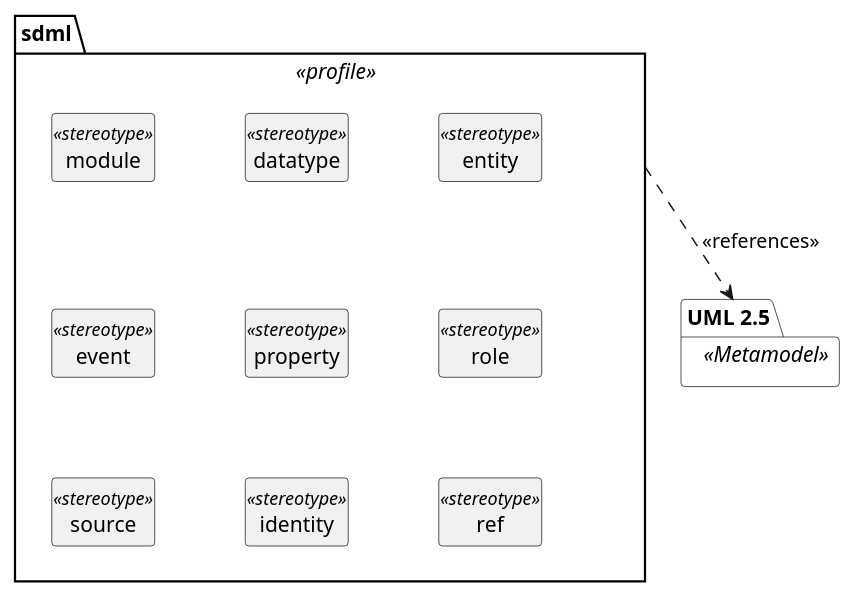
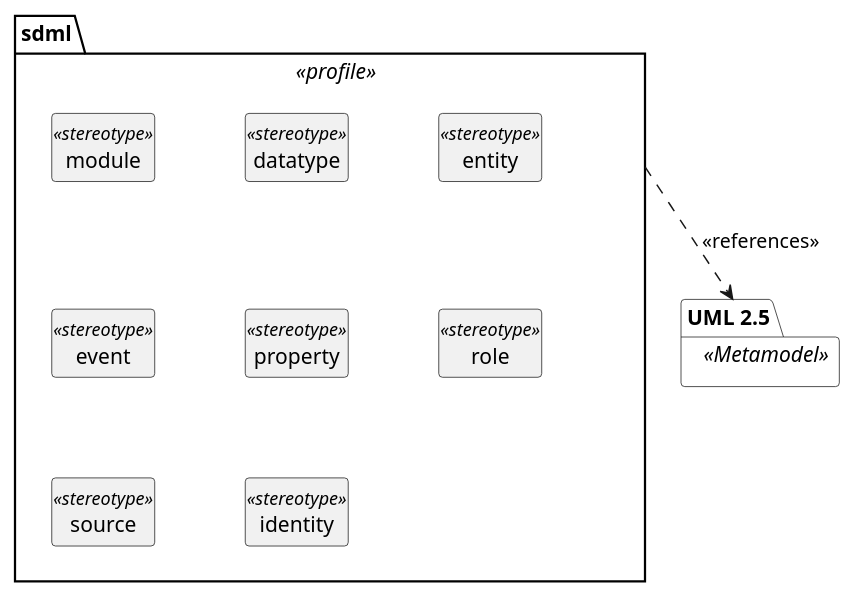
The first of 20 diagrams in docs/uml-profile.org (sdm-lang/sdml-io), drawn with PlantUML before and after one commit. The commit also changed other lines of this file and 14 other files, not shown here.

```diff
--- a/docs/uml-profile.org
+++ b/docs/uml-profile.org
@@ -18,26 +18,25 @@
 #+BEGIN_SRC plantuml :file uml-profile-package.svg
 skinparam backgroundColor transparent
 skinparam style strictuml
 skinparam linetype polyline
 skinparam nodesep 60
 
 hide circle
 hide members
 
 package "UML 2.5" as uml <<Metamodel>> #white {
 }
 
 package sdml <<profile>> {
   class module <<stereotype>> {}
   class datatype <<stereotype>> {}
   class entity <<stereotype>> {}
   class event <<stereotype>> {}
   class property <<stereotype>> {}
   class role <<stereotype>> {}
   class source <<stereotype>> {}
   class identity <<stereotype>> {}
-  class ref <<stereotype>> {}
 }
 
 sdml ..> uml: <<references>>
 #+END_SRC
```
